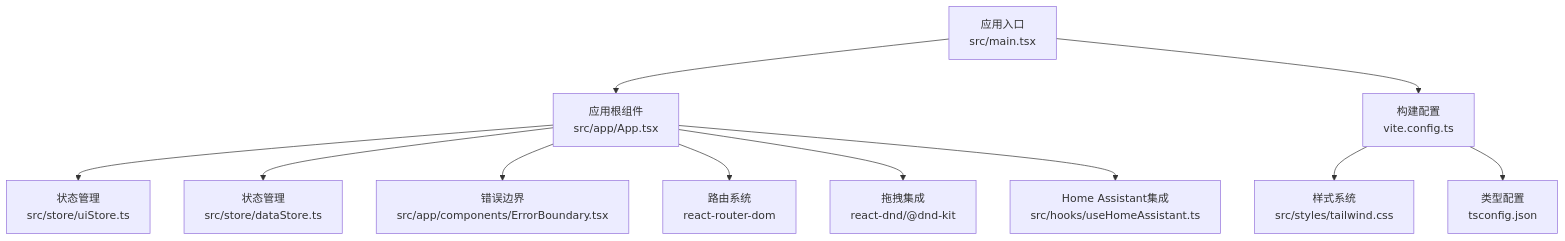
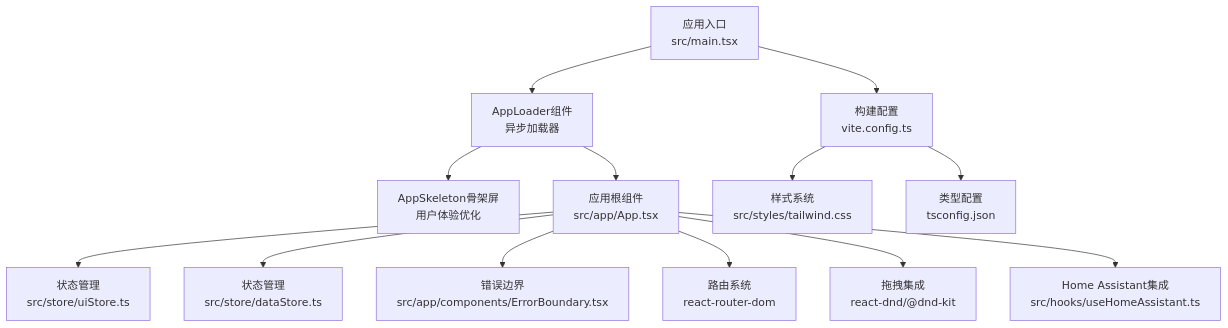
Before and after one commit to skyeyinkun/HAUI: the first of 9 diagrams in .qoder/repowiki/zh/content/架构设计/前端架构设计.md, drawn with Mermaid. The commit also changed other lines of this file and 14 other files, not shown here.

````diff
--- a/.qoder/repowiki/zh/content/架构设计/前端架构设计.md
+++ b/.qoder/repowiki/zh/content/架构设计/前端架构设计.md
@@ -56,13 +66,15 @@
 ```mermaid
 graph TB
-A["应用入口<br/>src/main.tsx"] --> B["应用根组件<br/>src/app/App.tsx"]
-B --> C["状态管理<br/>src/store/uiStore.ts"]
-B --> D["状态管理<br/>src/store/dataStore.ts"]
-B --> E["错误边界<br/>src/app/components/ErrorBoundary.tsx"]
-B --> F["路由系统<br/>react-router-dom"]
-B --> G["拖拽集成<br/>react-dnd/@dnd-kit"]
-B --> H["Home Assistant集成<br/>src/hooks/useHomeAssistant.ts"]
-A --> I["构建配置<br/>vite.config.ts"]
-I --> J["样式系统<br/>src/styles/tailwind.css"]
-I --> K["类型配置<br/>tsconfig.json"]
+A["应用入口<br/>src/main.tsx"] --> B["AppLoader组件<br/>异步加载器"]
+B --> C["AppSkeleton骨架屏<br/>用户体验优化"]
+B --> D["应用根组件<br/>src/app/App.tsx"]
+D --> E["状态管理<br/>src/store/uiStore.ts"]
+D --> F["状态管理<br/>src/store/dataStore.ts"]
+D --> G["错误边界<br/>src/app/components/ErrorBoundary.tsx"]
+D --> H["路由系统<br/>react-router-dom"]
+D --> I["拖拽集成<br/>react-dnd/@dnd-kit"]
+D --> J["Home Assistant集成<br/>src/hooks/useHomeAssistant.ts"]
+A --> K["构建配置<br/>vite.config.ts"]
+K --> L["样式系统<br/>src/styles/tailwind.css"]
+K --> M["类型配置<br/>tsconfig.json"]
 ```
````
